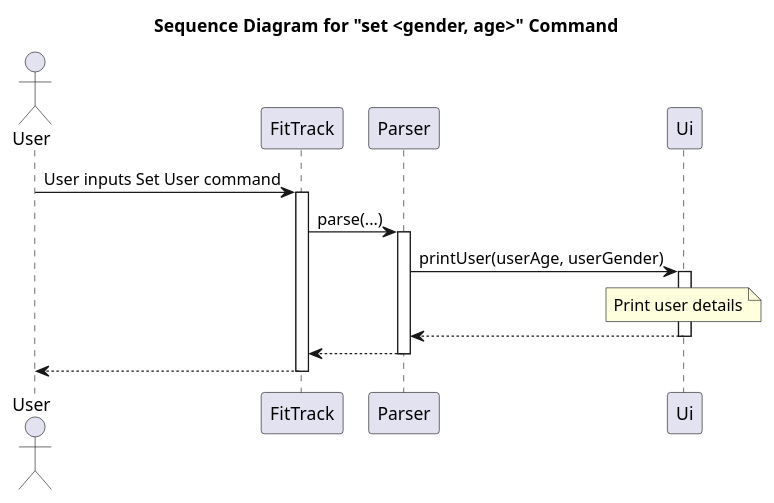
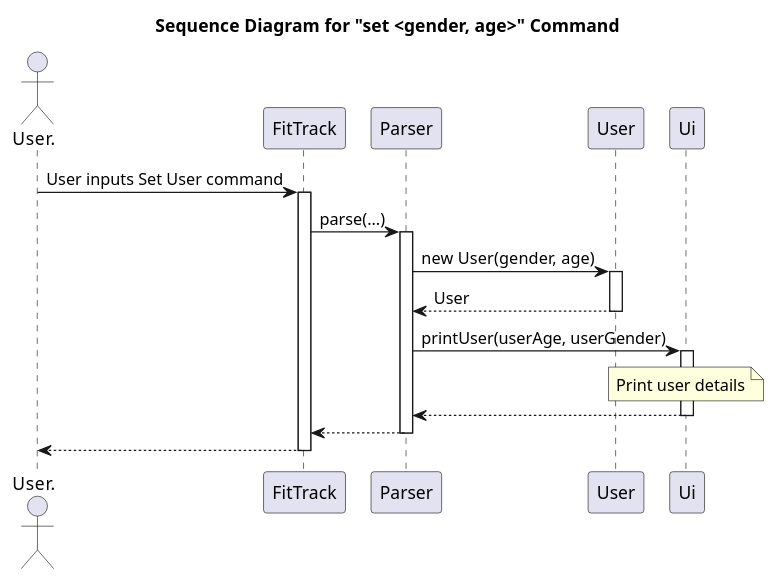
Before and after one commit to nus-cs2113-AY2425S1/tp: the diagram in docs/Diagrams/Sequence_SetUser.puml, drawn with PlantUML. The commit also changed 6 other files, not shown here.

```diff
--- a/docs/Diagrams/Sequence_SetUser.puml
+++ b/docs/Diagrams/Sequence_SetUser.puml
@@ -1,25 +1,30 @@
 @startuml
 title Sequence Diagram for "set <gender, age>" Command
 
-actor User
+actor User.
 
-User -> FitTrack: User inputs Set User command
+User. -> FitTrack: User inputs Set User command
 
 activate FitTrack
 FitTrack -> Parser: parse(...)
 activate Parser
+
+Parser -> User: new User(gender, age)
+activate User
+User --> Parser: User
+deactivate User
 
 Parser -> Ui: printUser(userAge, userGender)
 activate Ui
 
 note over Ui
     Print user details
 end note
 Ui --> Parser
 deactivate Ui
 Parser --> FitTrack
 deactivate Parser
-FitTrack --> User
+FitTrack --> User.
 deactivate FitTrack
 
 @enduml
```
